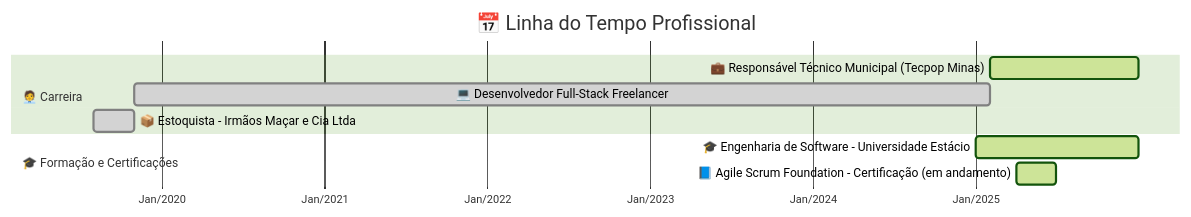
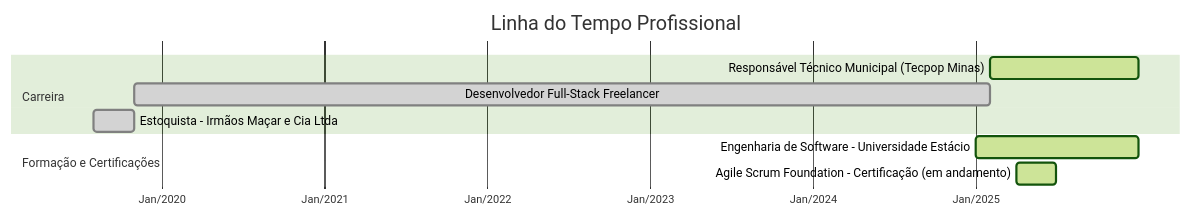
One commit to AlesonPungirum/AlesonPungirum changed the second of 4 diagrams in README.md. Above: the diagram before and after it, drawn with Mermaid (forest theme). The commit also changed other lines of this file, not shown here.

````diff
--- a/README.md
+++ b/README.md
@@ -134,15 +134,15 @@
 ```mermaid
 gantt
-    title 📅 Linha do Tempo Profissional
+    title  Linha do Tempo Profissional
     dateFormat  YYYY-MM-DD
     axisFormat  %b/%Y
 
-    section 🧑‍💼 Carreira
-    💼 Responsável Técnico Municipal (Tecpop Minas)     :active, 2025-02-01, 2025-12-31
-    💻 Desenvolvedor Full-Stack Freelancer              :done, 2019-11-01, 2025-02-01
-    📦 Estoquista - Irmãos Maçar e Cia Ltda             :done, 2019-08-01, 2019-10-31
+    section  Carreira
+     Responsável Técnico Municipal (Tecpop Minas)     :active, 2025-02-01, 2025-12-31
+     Desenvolvedor Full-Stack Freelancer              :done, 2019-11-01, 2025-02-01
+     Estoquista - Irmãos Maçar e Cia Ltda             :done, 2019-08-01, 2019-10-31
 
-    section 🎓 Formação e Certificações
-    🎓 Engenharia de Software - Universidade Estácio     :active, 2025-01-01, 2025-12-31
-    📘 Agile Scrum Foundation - Certificação (em andamento) :active, 2025-04-01, 2025-06-30
+    section  Formação e Certificações
+     Engenharia de Software - Universidade Estácio     :active, 2025-01-01, 2025-12-31
+     Agile Scrum Foundation - Certificação (em andamento) :active, 2025-04-01, 2025-06-30
 ```
````
